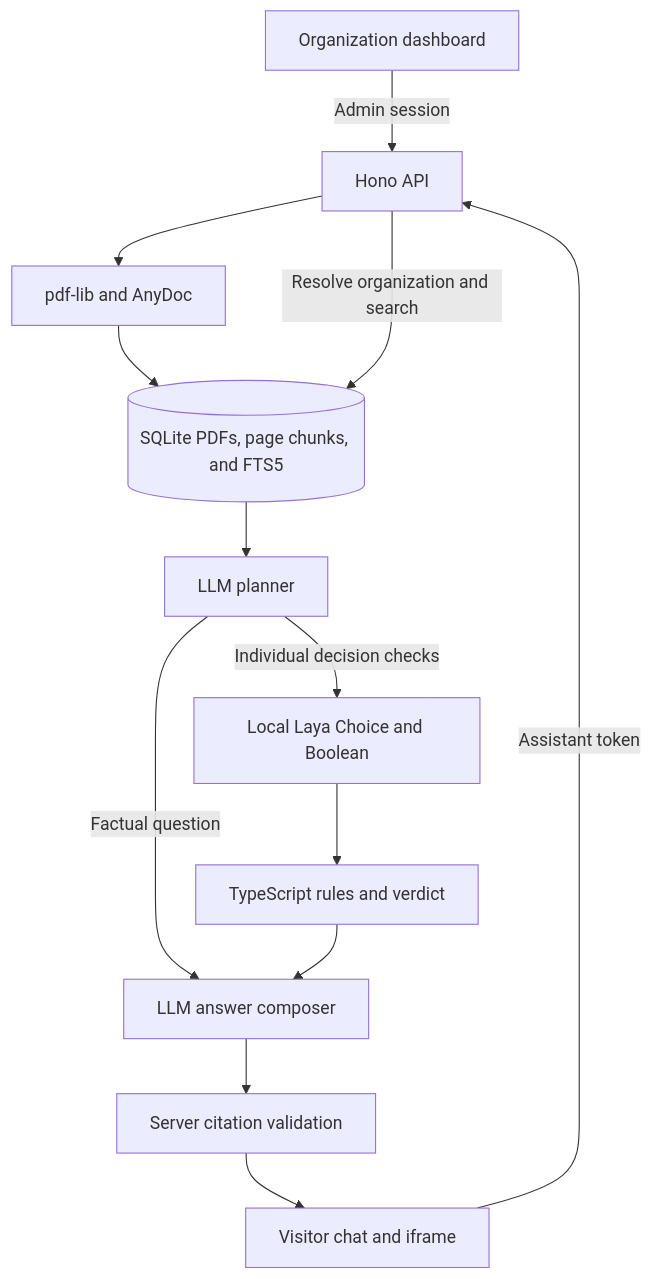
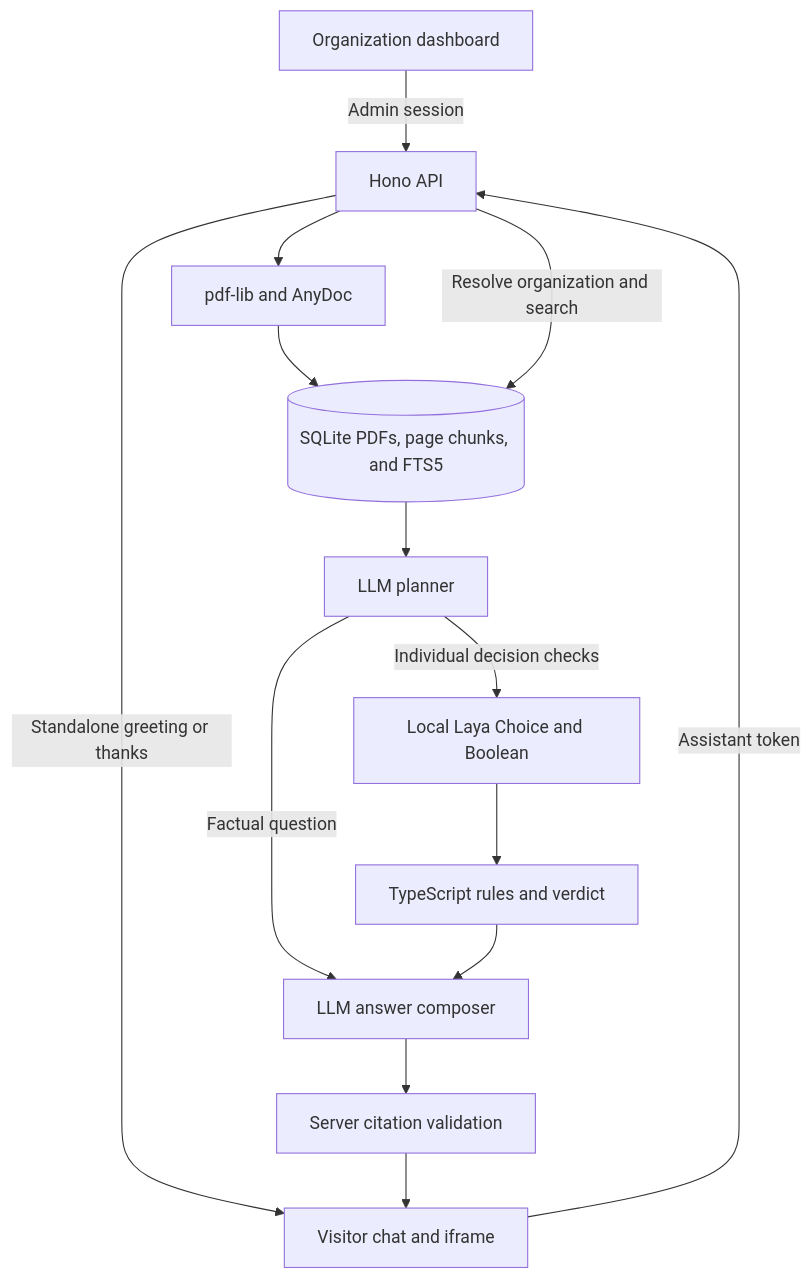
One commit to shadmankhan/ask-cogniva changed the diagram in README.md. Above: the diagram before and after it, drawn with Mermaid. The commit also changed other lines of this file and 8 other files, not shown here.

````diff
--- a/README.md
+++ b/README.md
@@ -34,15 +36,16 @@
 ```mermaid
 flowchart TD
   A[Organization dashboard] -->|Admin session| B[Hono API]
   B --> C[pdf-lib and AnyDoc]
   C --> D[(SQLite PDFs, page chunks, and FTS5)]
   V[Visitor chat and iframe] -->|Assistant token| B
+  B -->|Standalone greeting or thanks| V
   B -->|Resolve organization and search| D
   D --> P[LLM planner]
   P -->|Individual decision checks| L[Local Laya Choice and Boolean]
   L --> R[TypeScript rules and verdict]
   P -->|Factual question| W[LLM answer composer]
   R --> W
   W --> S[Server citation validation]
   S --> V
 ```
````
